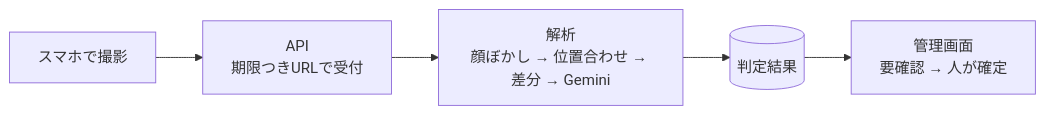
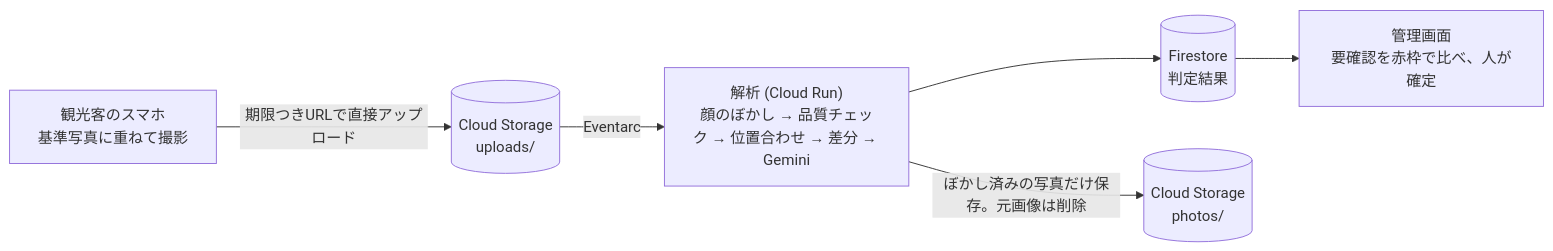
Before and after one commit to Taiyo3901/KIZUKI: the diagram in README.md, drawn with Mermaid. The commit also changed other lines of this file and 3 other files, not shown here.

````diff
--- a/README.md
+++ b/README.md
@@ -16,7 +27,8 @@
 ```mermaid
 flowchart LR
-  A[スマホで撮影] --> B[API<br/>期限つきURLで受付]
-  B --> C[解析<br/>顔ぼかし → 位置合わせ → 差分 → Gemini]
-  C --> D[(判定結果)]
-  D --> E[管理画面<br/>要確認 → 人が確定]
+  A["観光客のスマホ<br/>基準写真に重ねて撮影"] -->|期限つきURLで直接アップロード| B[(Cloud Storage<br/>uploads/)]
+  B -->|Eventarc| C["解析 (Cloud Run)<br/>顔のぼかし → 品質チェック → 位置合わせ → 差分 → Gemini"]
+  C --> D[(Firestore<br/>判定結果)]
+  C -->|ぼかし済みの写真だけ保存。元画像は削除| E[(Cloud Storage<br/>photos/)]
+  D --> F["管理画面<br/>要確認を赤枠で比べ、人が確定"]
 ```
````
